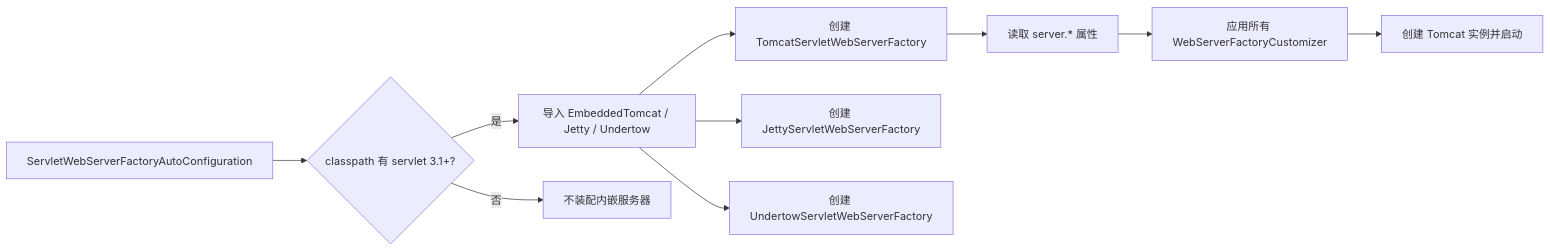
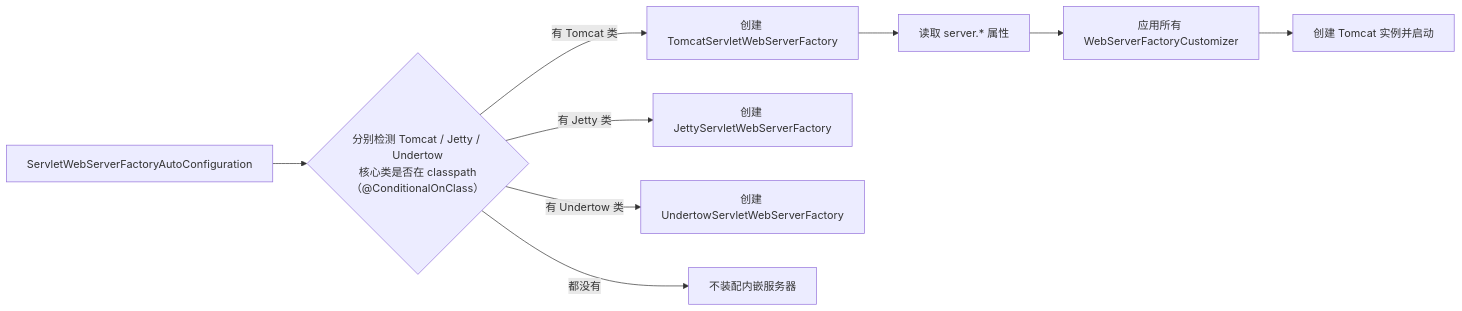
Before and after one commit to wb04307201/note: the diagram in 04.spring-backend/02-boot/embedded-server.md, drawn with Mermaid. The commit also changed 122 other files, not shown here.

````diff
--- a/04.spring-backend/02-boot/embedded-server.md
+++ b/04.spring-backend/02-boot/embedded-server.md
@@ -336,14 +336,12 @@
 ```mermaid
 graph LR
-    A[ServletWebServerFactoryAutoConfiguration] --> B{classpath 有 servlet 3.1+?}
-    B -- 是 --> C[导入 EmbeddedTomcat / Jetty / Undertow]
-    B -- 否 --> D[不装配内嵌服务器]
-    
-    C --> E[创建 TomcatServletWebServerFactory]
-    C --> F[创建 JettyServletWebServerFactory]
-    C --> G[创建 UndertowServletWebServerFactory]
-    
+    A[ServletWebServerFactoryAutoConfiguration] --> B{分别检测 Tomcat / Jetty / Undertow<br/>核心类是否在 classpath（@ConditionalOnClass）}
+    B -- 有 Tomcat 类 --> E[创建 TomcatServletWebServerFactory]
+    B -- 有 Jetty 类 --> F[创建 JettyServletWebServerFactory]
+    B -- 有 Undertow 类 --> G[创建 UndertowServletWebServerFactory]
+    B -- 都没有 --> D[不装配内嵌服务器]
+
     E --> H[读取 server.* 属性]
     H --> I[应用所有 WebServerFactoryCustomizer]
     I --> J[创建 Tomcat 实例并启动]
 ```
````
